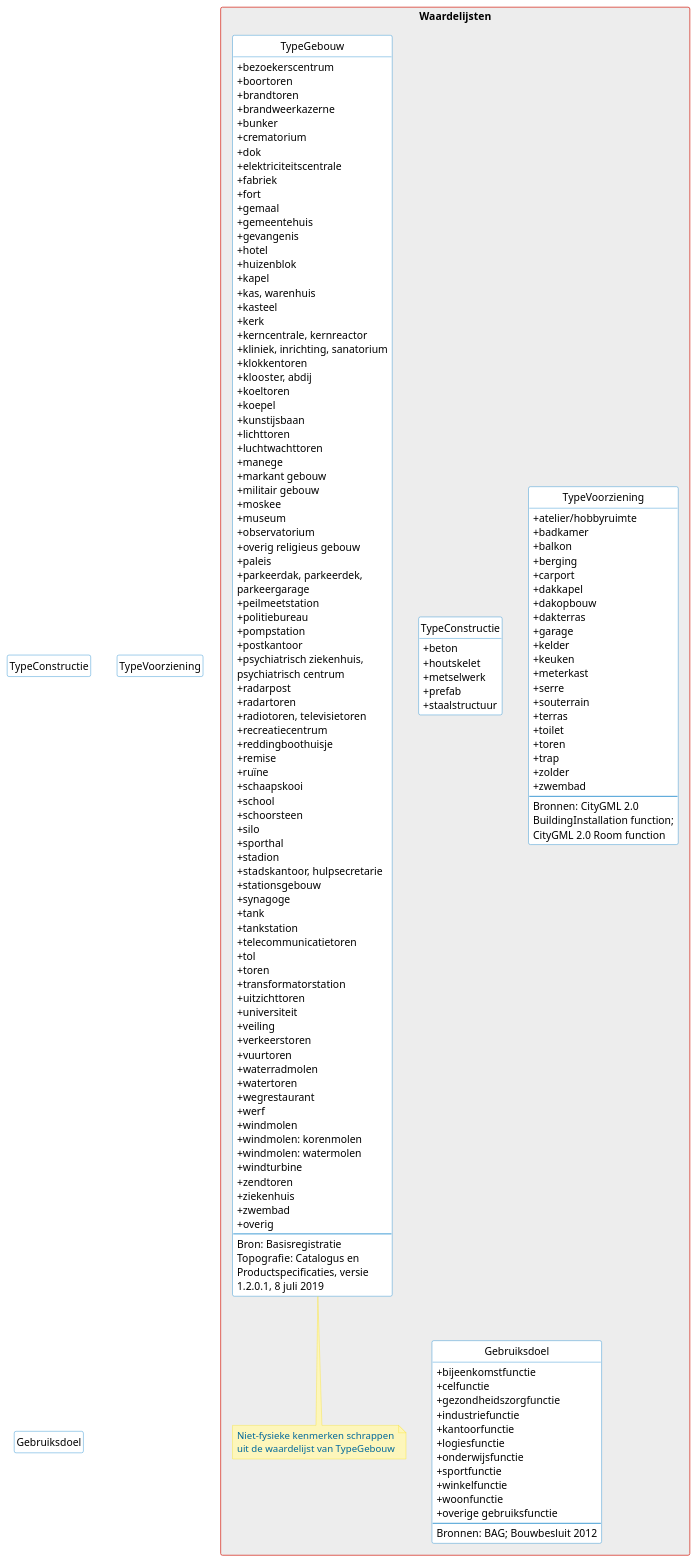
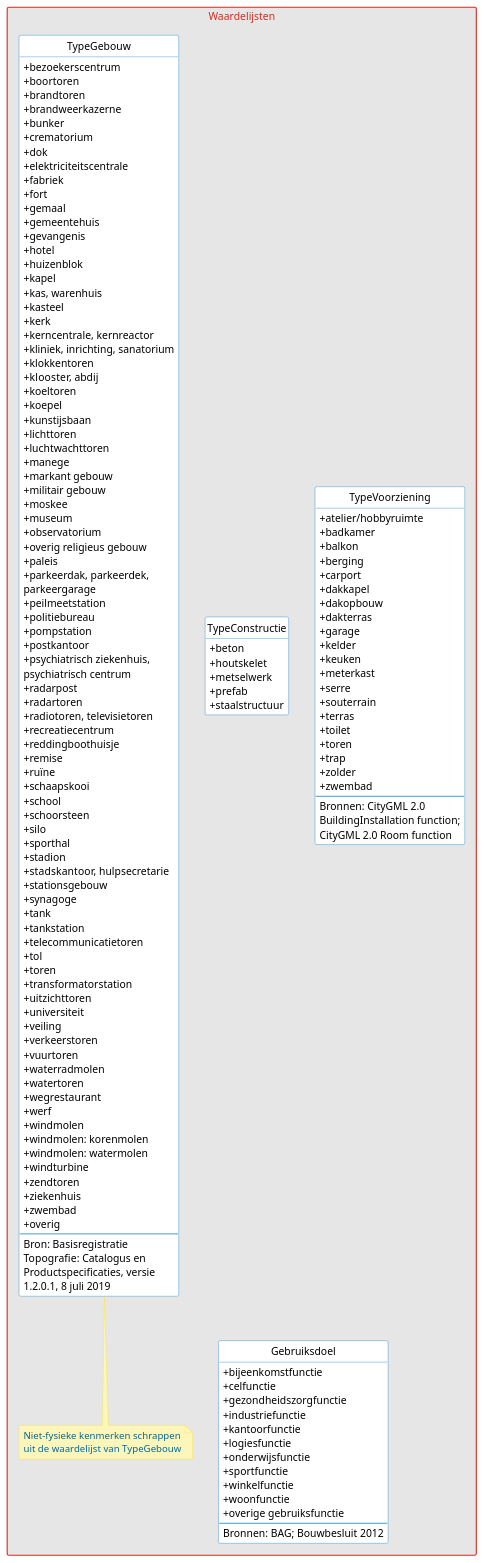
The diagram in model/waardelijsten.puml (geobasisregistraties/werkgroep-bouwwerken), drawn with PlantUML before and after one commit.

```diff
--- a/model/waardelijsten.puml
+++ b/model/waardelijsten.puml
@@ -55,6 +55,7 @@
 }
 
 skinparam package {
+    BackgroundColor #e6e6e6
     BorderColor #d52b1e
     FontColor #d52b1e
 '     FontName RijksoverheidSansText
@@ -68,16 +69,16 @@
 
 hide stereotype
 
-together {
-    class TypeConstructie
-    class TypeVoorziening
+' together {
+'     class TypeConstructie
+'     class TypeVoorziening
 '     class TypeMetagegeven
-    class Gebruiksdoel
+'     class Gebruiksdoel
 '     class TypeGebouw
-}
+' }
 
-package "Waardelijsten" <<rectangle>> #ededed {
-    ' https://www.groephuyzentruyt.be/blog/de-verschillende-bouwmethodes
+package "Waardelijsten" {
+
     class TypeConstructie << Referentielijst >> {
         + beton
         + houtskelet
```
